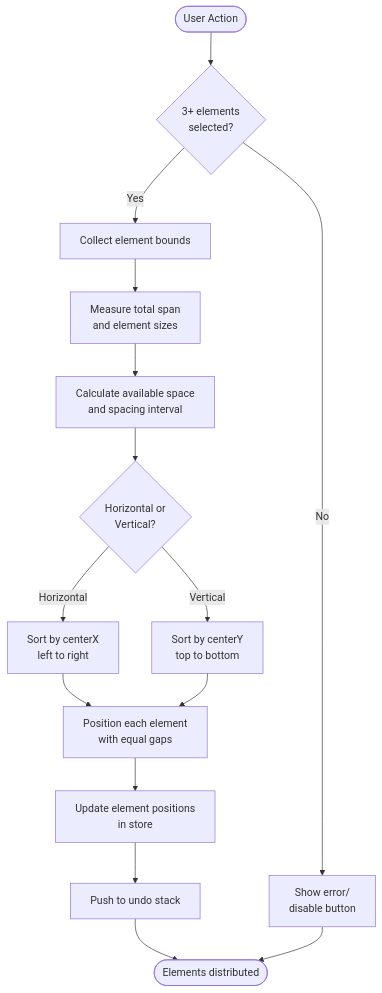
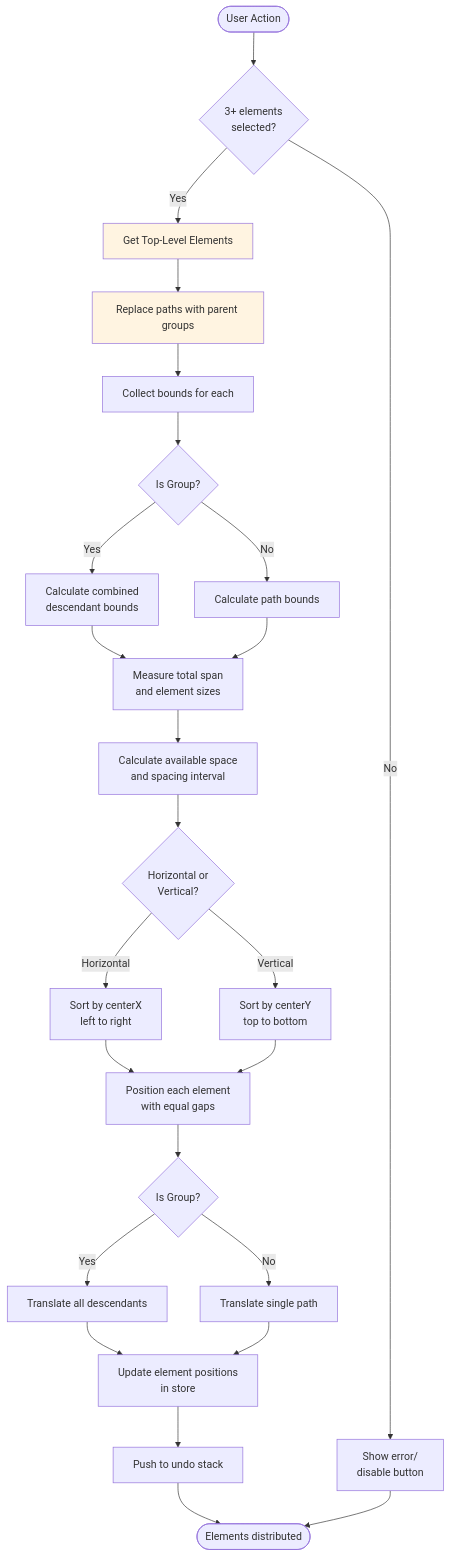
One commit to ekrsulov/ttpe changed the diagram in doc/docs/features/distribution.md. Above: the diagram before and after it, drawn with Mermaid. The commit also changed other lines of this file and 6 other files, not shown here.

````diff
--- a/doc/docs/features/distribution.md
+++ b/doc/docs/features/distribution.md
@@ -27,22 +58,39 @@
 ```mermaid
 flowchart TD
     Start([User Action]) --> Check{3+ elements<br/>selected?}
     Check -->|No| Error[Show error/<br/>disable button]
-    Check -->|Yes| Collect[Collect element bounds]
+    Check -->|Yes| GetTopLevel[Get Top-Level Elements]
     
-    Collect --> Measure[Measure total span<br/>and element sizes]
+    GetTopLevel --> ReplaceWithGroups[Replace paths with parent groups]
+    ReplaceWithGroups --> Collect[Collect bounds for each]
+    
+    Collect --> CalcBounds{Is Group?}
+    CalcBounds -->|Yes| GroupBounds[Calculate combined<br/>descendant bounds]
+    CalcBounds -->|No| PathBounds[Calculate path bounds]
+    
+    GroupBounds --> Measure[Measure total span<br/>and element sizes]
+    PathBounds --> Measure
+    
     Measure --> Calculate[Calculate available space<br/>and spacing interval]
     
     Calculate --> Sort{Horizontal or<br/>Vertical?}
     Sort -->|Horizontal| SortX[Sort by centerX<br/>left to right]
     Sort -->|Vertical| SortY[Sort by centerY<br/>top to bottom]
     
     SortX --> Position[Position each element<br/>with equal gaps]
     SortY --> Position
     
-    Position --> Update[Update element positions<br/>in store]
+    Position --> ApplyTransform{Is Group?}
+    ApplyTransform -->|Yes| TranslateDescendants[Translate all descendants]
+    ApplyTransform -->|No| TranslatePath[Translate single path]
+    
+    TranslateDescendants --> Update[Update element positions<br/>in store]
+    TranslatePath --> Update
     Update --> Undo[Push to undo stack]
     Undo --> End([Elements distributed])
     
     Error --> End
+    
+    style GetTopLevel fill:#fff4e1
+    style ReplaceWithGroups fill:#fff4e1
 ```
````
